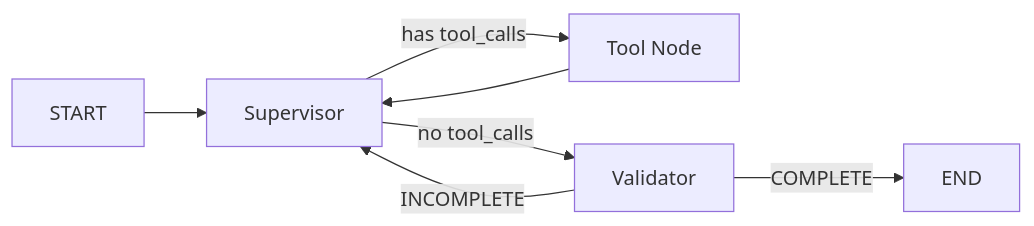
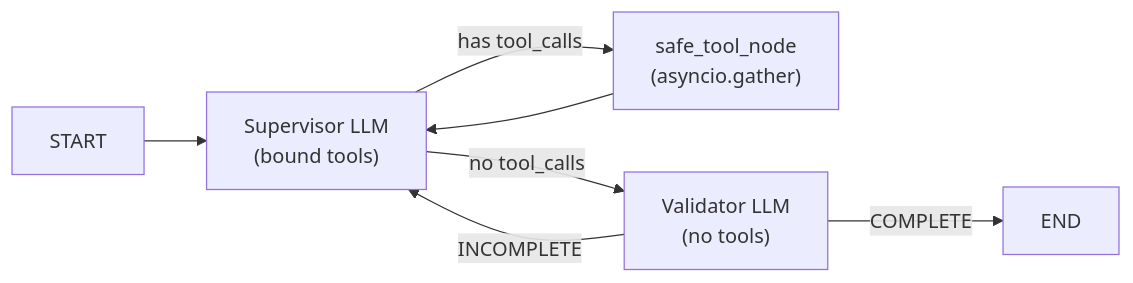
The third of 3 diagrams in docs/system_documentation.md (TaN1AnT/AI-Assistant), drawn with Mermaid before and after one commit. The commit also changed other lines of this file and 11 other files, not shown here.

````diff
--- a/docs/system_documentation.md
+++ b/docs/system_documentation.md
@@ -124,9 +87,9 @@
 ```mermaid
 graph LR
-    START --> S["Supervisor"]
-    S -->|has tool_calls| T["Tool Node"]
-    S -->|no tool_calls| V["Validator"]
+    START --> S["Supervisor LLM<br/>(bound tools)"]
+    S -->|"has tool_calls"| T["safe_tool_node<br/>(asyncio.gather)"]
+    S -->|"no tool_calls"| V["Validator LLM<br/>(no tools)"]
     T --> S
-    V -->|INCOMPLETE| S
-    V -->|COMPLETE| END
+    V -->|"INCOMPLETE"| S
+    V -->|"COMPLETE"| END
 ```
````
